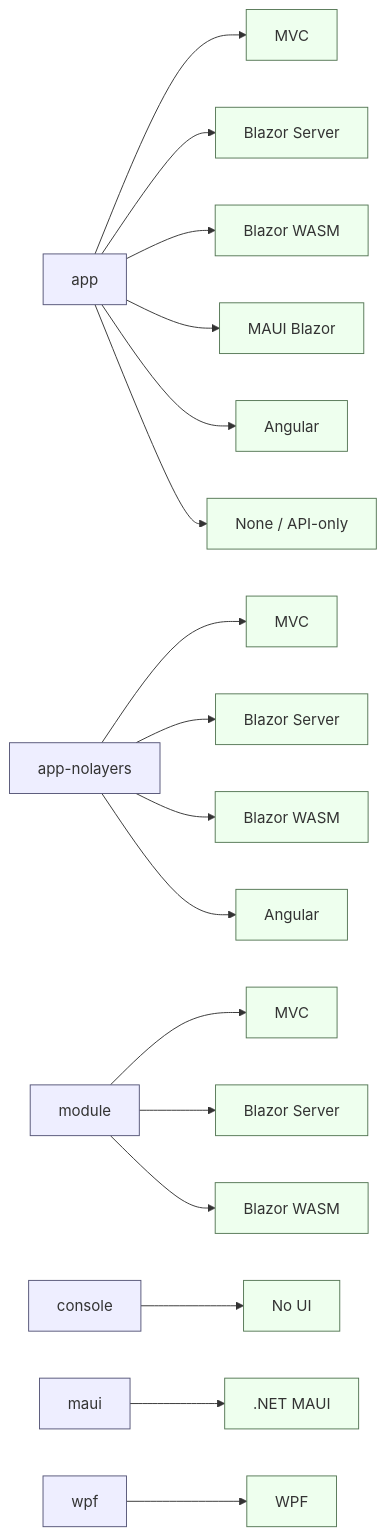
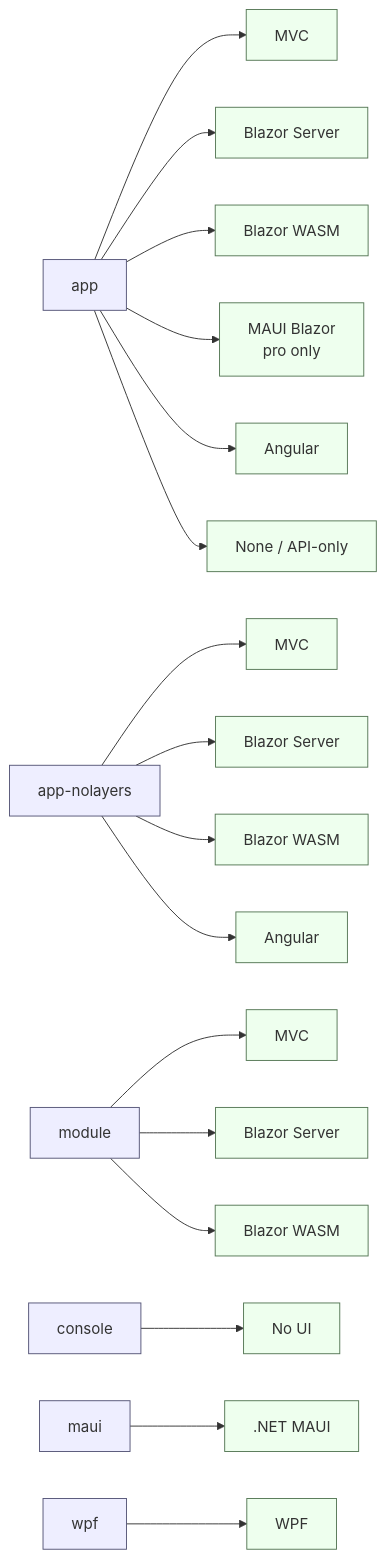
One commit to mintlify-atlas/docs-wiki-d74bb1cc changed the diagram in templates/overview.mdx. Above: the diagram before and after it, drawn with Mermaid. The commit also changed other lines of this file and 77 other files, not shown here.

Commit message:
docs: review pass — accuracy audit, source verification, and added flow pages

````diff
--- a/templates/overview.mdx
+++ b/templates/overview.mdx
@@ -73,25 +73,25 @@
 ```mermaid
 flowchart LR
     classDef tmpl fill:#eef,stroke:#557
     classDef ui fill:#efe,stroke:#575
 
     APP[app]:::tmpl --> APP_MVC[MVC]:::ui
     APP --> APP_BS[Blazor Server]:::ui
     APP --> APP_BW[Blazor WASM]:::ui
-    APP --> APP_MB[MAUI Blazor]:::ui
+    APP --> APP_MB[MAUI Blazor<br/>pro only]:::ui
     APP --> APP_NG[Angular]:::ui
     APP --> APP_NONE[None / API-only]:::ui
 
     ANL[app-nolayers]:::tmpl --> ANL_MVC[MVC]:::ui
     ANL --> ANL_BS[Blazor Server]:::ui
     ANL --> ANL_BW[Blazor WASM]:::ui
     ANL --> ANL_NG[Angular]:::ui
 
     MOD[module]:::tmpl --> MOD_MVC[MVC]:::ui
     MOD --> MOD_BS[Blazor Server]:::ui
     MOD --> MOD_BW[Blazor WASM]:::ui
 
     CON[console]:::tmpl --> CON_NONE[No UI]:::ui
     MAUI[maui]:::tmpl --> MAUI_NATIVE[.NET MAUI]:::ui
     WPF[wpf]:::tmpl --> WPF_NATIVE[WPF]:::ui
 ```
````
